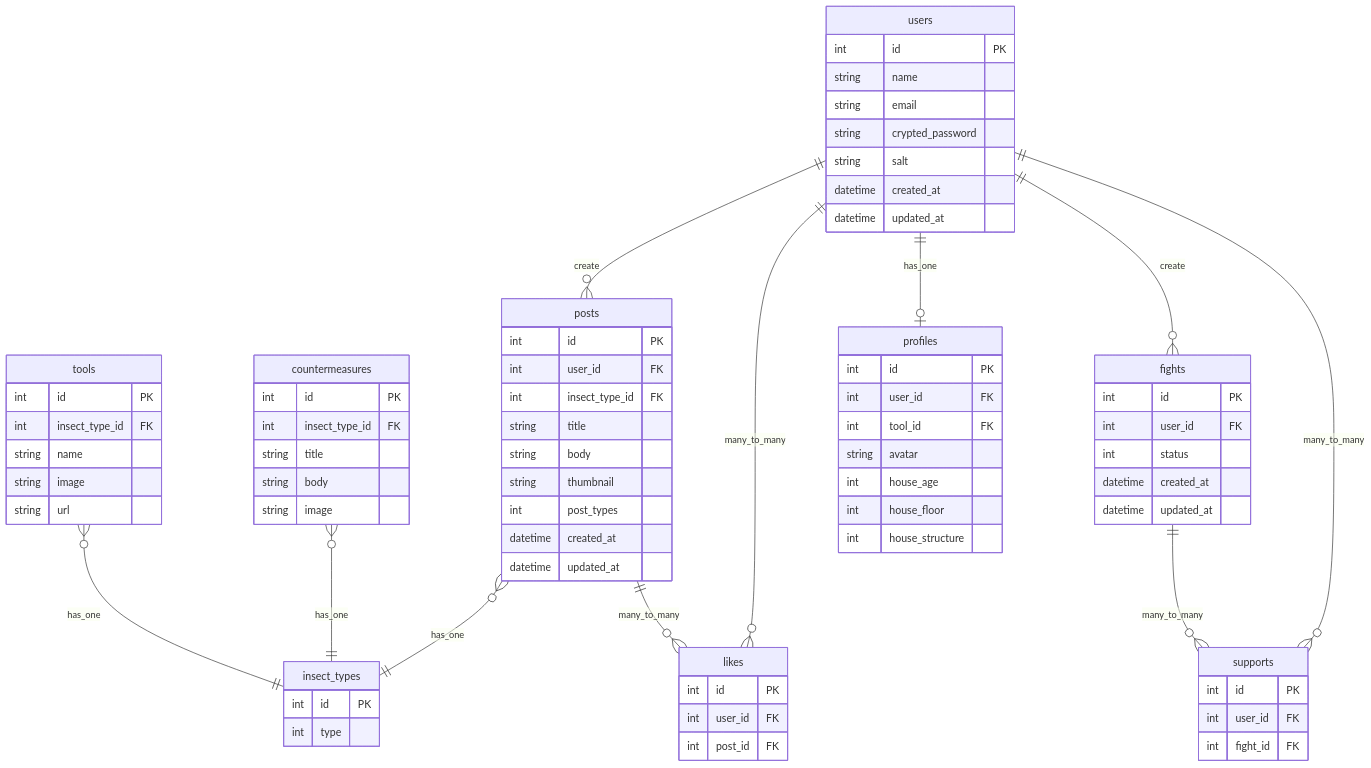
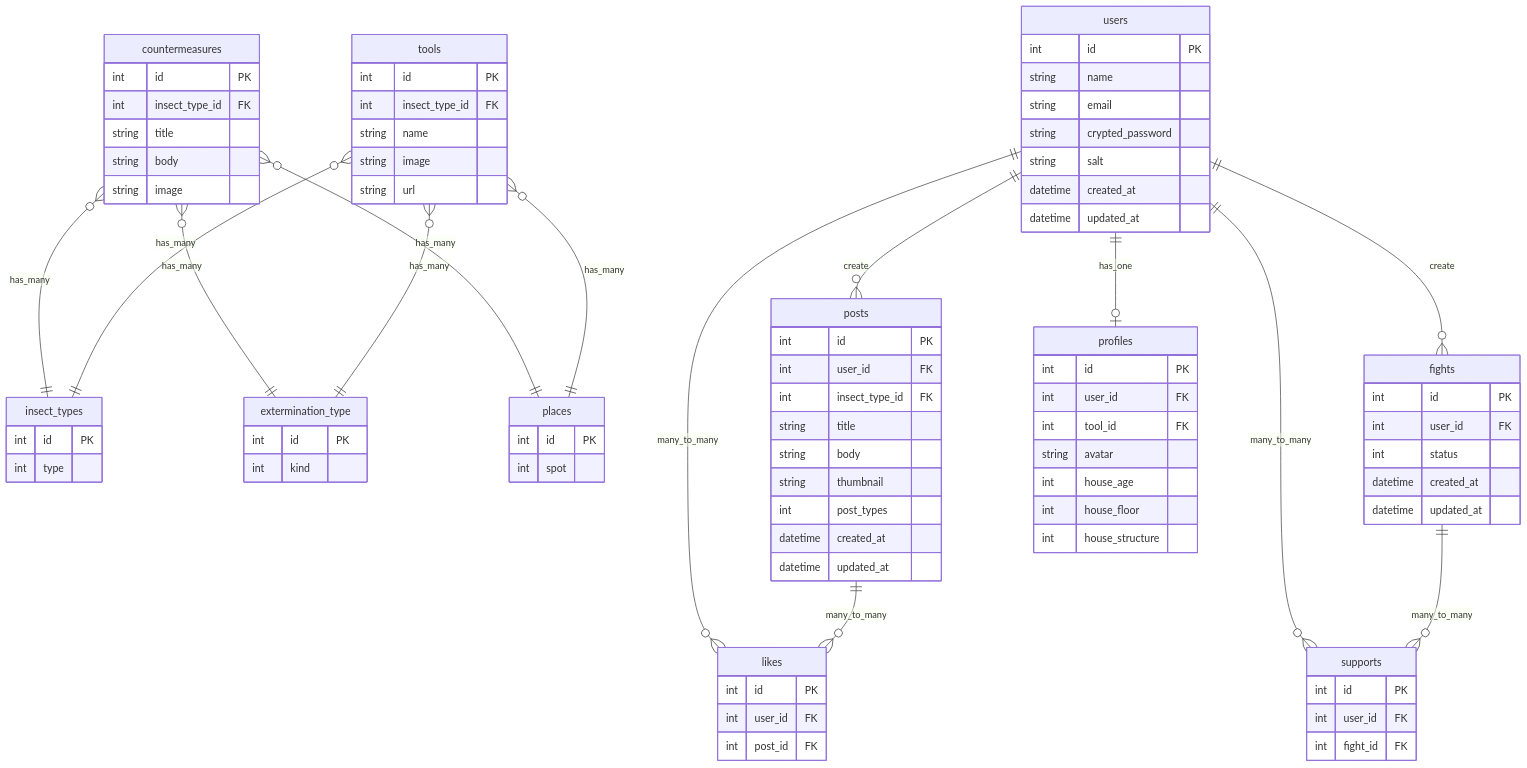
Before and after one commit to hagimoto0943/goki-network: the diagram in README.md, drawn with Mermaid. The commit also changed 15 other files, not shown here.

````diff
--- a/README.md
+++ b/README.md
@@ -66,8 +66,11 @@
 ```mermaid
 erDiagram
-posts }o--|| insect_types : has_one
-countermeasures }o--|| insect_types : has_one
-tools }o--|| insect_types : has_one
+countermeasures }o--|| insect_types : has_many
+tools }o--|| insect_types : has_many
+countermeasures }o--|| extermination_type : has_many
+tools }o--|| extermination_type : has_many
+countermeasures }o--|| places : has_many
+tools }o--|| places : has_many
 users ||--o{ posts : create
 users ||--o{ fights : create
 users ||--o{ likes : many_to_many
@@ -146,4 +149,14 @@
     int type
   }
 
+  places {
+    int id PK
+    int spot
+  }
+
+  extermination_type {
+    int id PK
+    int kind
+  }
+
 ```
````
